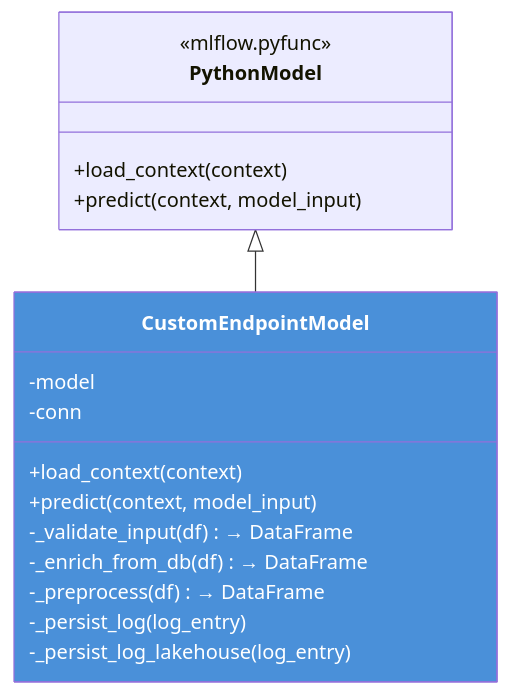
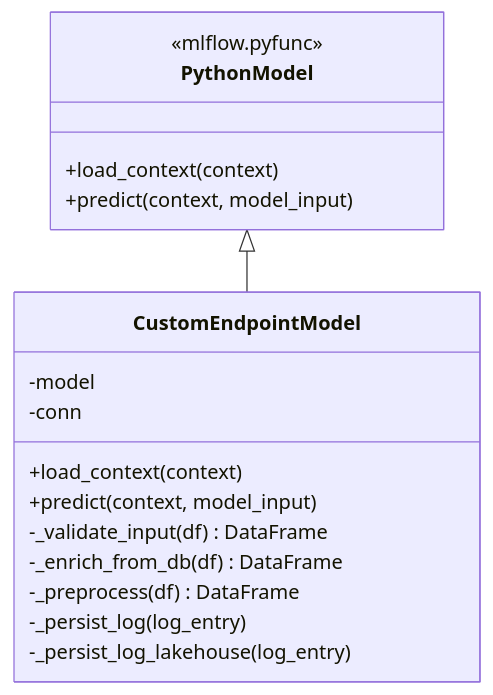
One commit to fredgis/fabric-foundry-kb changed the fourth of 6 diagrams in markdown/MLinFabric.md. Above: the diagram before and after it, drawn with Mermaid. The commit also changed other lines of this file and 3 other files, not shown here.

First line of the commit message:
MLinFabric: translate to English + add end-to-end architecture diagram

````diff
--- a/markdown/MLinFabric.md
+++ b/markdown/MLinFabric.md
@@ -265,24 +273,22 @@
 ```mermaid
 classDiagram
     class PythonModel {
         <<mlflow.pyfunc>>
         +load_context(context)
         +predict(context, model_input)
     }
 
     class CustomEndpointModel {
         -model
         -conn
         +load_context(context)
         +predict(context, model_input)
-        -_validate_input(df) → DataFrame
-        -_enrich_from_db(df) → DataFrame
-        -_preprocess(df) → DataFrame
+        -_validate_input(df) DataFrame
+        -_enrich_from_db(df) DataFrame
+        -_preprocess(df) DataFrame
         -_persist_log(log_entry)
         -_persist_log_lakehouse(log_entry)
     }
 
     PythonModel <|-- CustomEndpointModel
-
-    style CustomEndpointModel fill:#4a90d9,color:#fff
 ```
````
